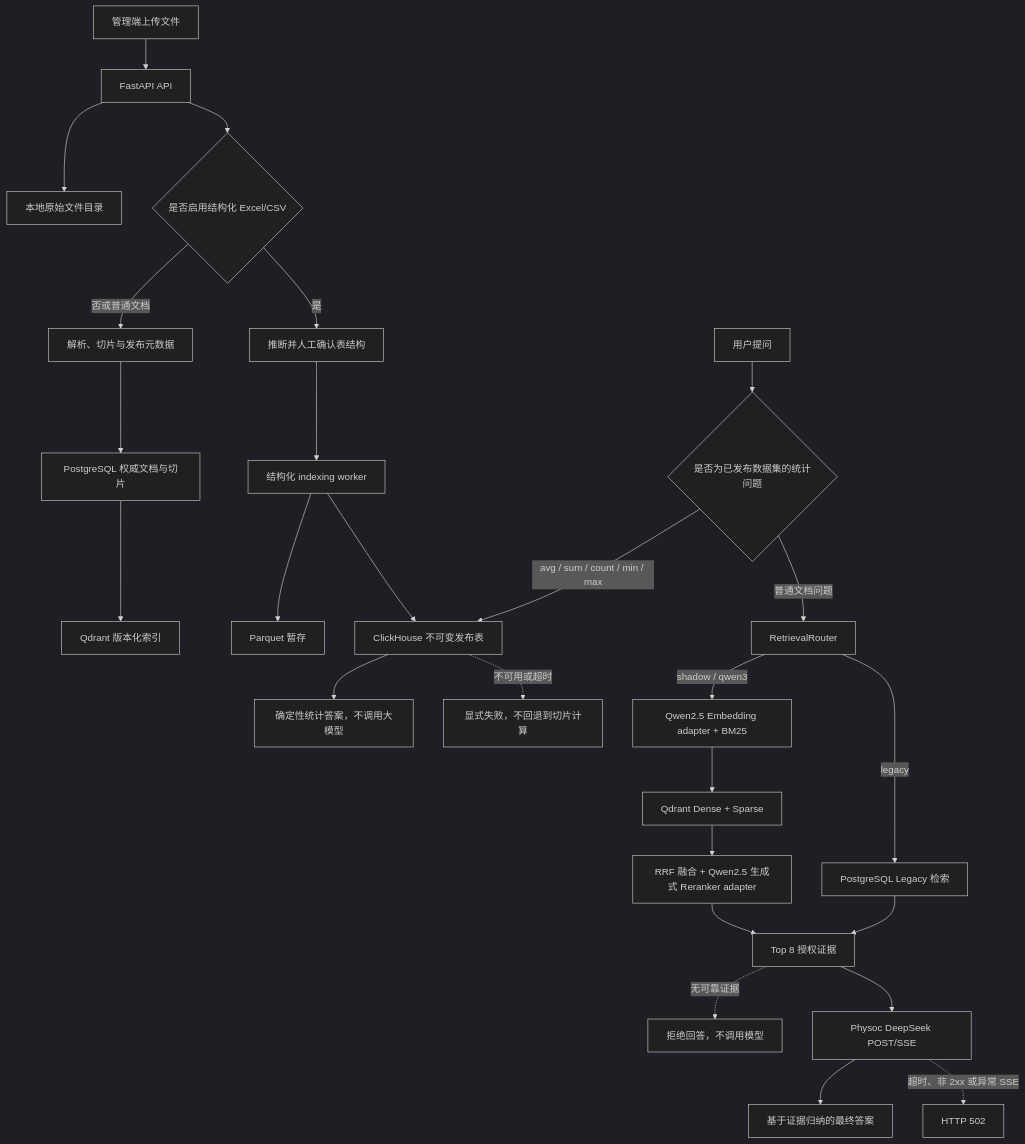
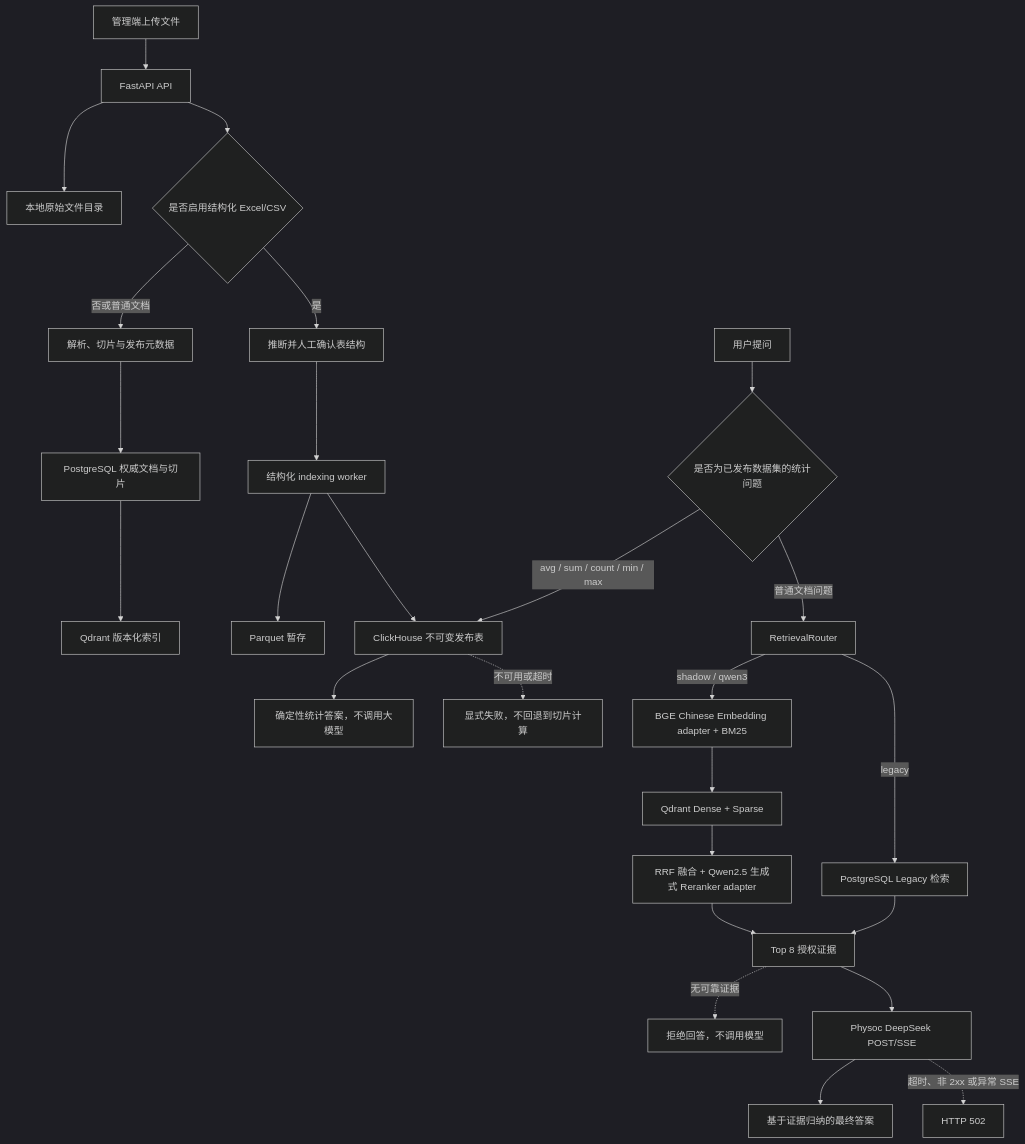
Before and after one commit to weberhyj/DCAgent: the diagram in README.md, drawn with Mermaid (dark theme). The commit also changed other lines of this file and 9 other files, not shown here.

````diff
--- a/README.md
+++ b/README.md
@@ -209,32 +209,32 @@
 ```mermaid
 flowchart TD
     A["管理端上传文件"] --> B["FastAPI API"]
     B --> C["本地原始文件目录"]
     B --> D{"是否启用结构化 Excel/CSV"}
 
     D -->|"否或普通文档"| E["解析、切片与发布元数据"]
     E --> F["PostgreSQL 权威文档与切片"]
     F --> G["Qdrant 版本化索引"]
 
     D -->|"是"| H["推断并人工确认表结构"]
     H --> I["结构化 indexing worker"]
     I --> J["Parquet 暂存"]
     I --> K["ClickHouse 不可变发布表"]
 
     L["用户提问"] --> M{"是否为已发布数据集的统计问题"}
     M -->|"avg / sum / count / min / max"| K
     K --> N["确定性统计答案，不调用大模型"]
     K -.->|"不可用或超时"| X["显式失败，不回退到切片计算"]
 
     M -->|"普通文档问题"| O["RetrievalRouter"]
     O -->|"legacy"| P0["PostgreSQL Legacy 检索"]
-    O -->|"shadow / qwen3"| P1["Qwen2.5 Embedding adapter + BM25"]
+    O -->|"shadow / qwen3"| P1["BGE Chinese Embedding adapter + BM25"]
     P1 --> P2["Qdrant Dense + Sparse"]
     P2 --> P3["RRF 融合 + Qwen2.5 生成式 Reranker adapter"]
     P3 --> P["Top 8 授权证据"]
     P0 --> P
     P -.->|"无可靠证据"| Y["拒绝回答，不调用模型"]
     P --> Q["Physoc DeepSeek POST/SSE"]
     Q --> R["基于证据归纳的最终答案"]
     Q -.->|"超时、非 2xx 或异常 SSE"| Z["HTTP 502"]
 ```
````
